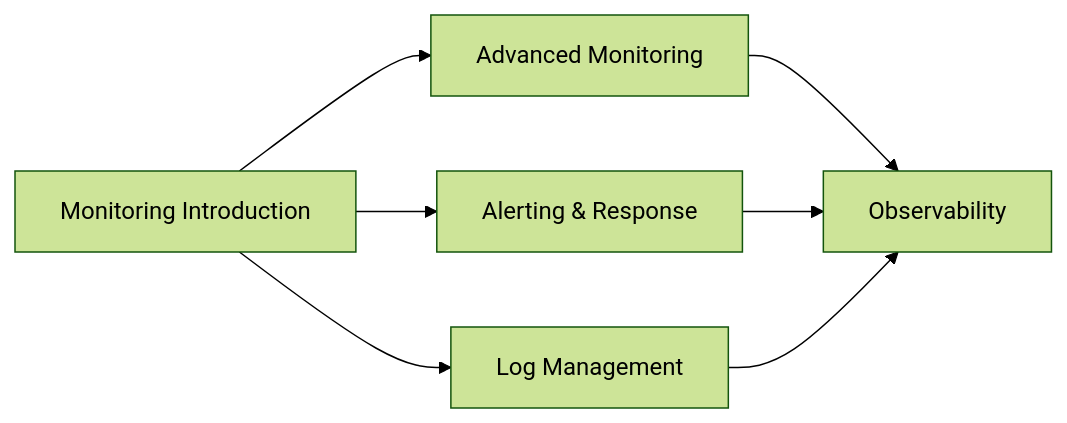
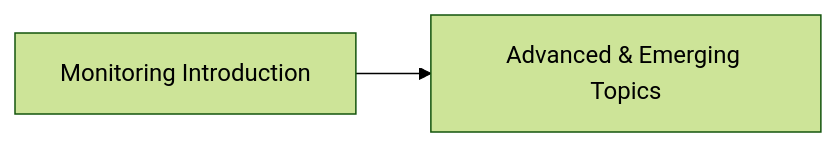
The diagram in docs/monitoring/index.md (mtahle/DevOps-Foundation-Roadmap), drawn with Mermaid (forest theme) before and after one commit. The commit also changed 19 other files, not shown here.

````diff
--- a/docs/monitoring/index.md
+++ b/docs/monitoring/index.md
@@ -30,9 +30,4 @@
 ```mermaid
 flowchart LR
-    A[Monitoring Introduction] --> B[Advanced Monitoring]
-    A --> C[Alerting & Response]
-    A --> D[Log Management]
-    B --> E[Observability]
-    C --> E
-    D --> E
+    A[Monitoring Introduction] --> B[Advanced & Emerging Topics]
 ```
````
